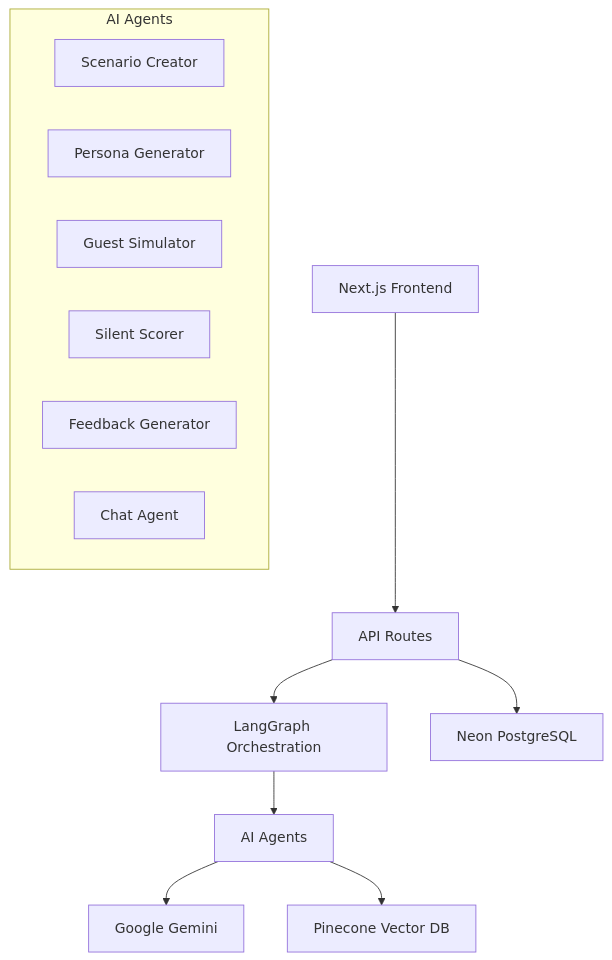
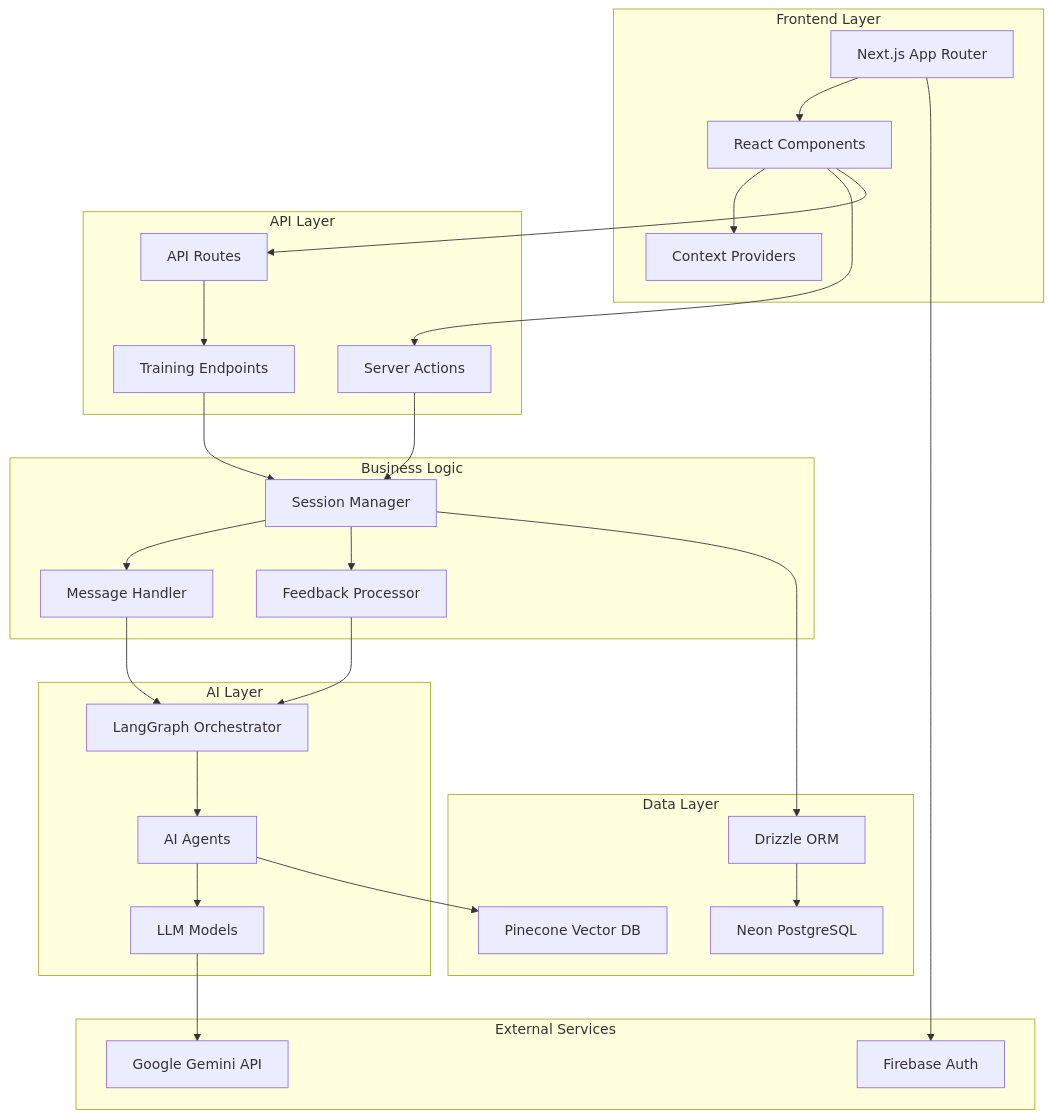
Before and after one commit to BhadrakshB/freedom-vas-training: the first of 8 diagrams in README.md, drawn with Mermaid. The commit also changed other lines of this file and 10 other files, not shown here.

````diff
--- a/README.md
+++ b/README.md
@@ -18,18 +11,56 @@
 ```mermaid
 graph TB
-    UI[Next.js Frontend] --> API[API Routes]
-    API --> LG[LangGraph Orchestration]
-    LG --> AG[AI Agents]
-    AG --> LLM[Google Gemini]
-    AG --> VDB[Pinecone Vector DB]
-    API --> DB[Neon PostgreSQL]
+    subgraph "Frontend Layer"
+        A[Next.js App Router]
+        B[React Components]
+        C[Context Providers]
+    end
     
-    subgraph "AI Agents"
-        SC[Scenario Creator]
-        PG[Persona Generator]
-        GS[Guest Simulator]
-        SS[Silent Scorer]
-        FG[Feedback Generator]
-        CA[Chat Agent]
+    subgraph "API Layer"
+        D[Server Actions]
+        E[API Routes]
+        F[Training Endpoints]
     end
+    
+    subgraph "Business Logic"
+        G[Session Manager]
+        H[Message Handler]
+        I[Feedback Processor]
+    end
+    
+    subgraph "AI Layer"
+        J[LangGraph Orchestrator]
+        K[AI Agents]
+        L[LLM Models]
+    end
+    
+    subgraph "Data Layer"
+        M[Drizzle ORM]
+        N[Neon PostgreSQL]
+        O[Pinecone Vector DB]
+    end
+    
+    subgraph "External Services"
+        P[Firebase Auth]
+        Q[Google Gemini API]
+    end
+    
+    A --> B
+    B --> C
+    B --> D
+    B --> E
+    D --> G
+    E --> F
+    F --> G
+    G --> H
+    G --> I
+    H --> J
+    I --> J
+    J --> K
+    K --> L
+    L --> Q
+    G --> M
+    M --> N
+    K --> O
+    A --> P
 ```
````
